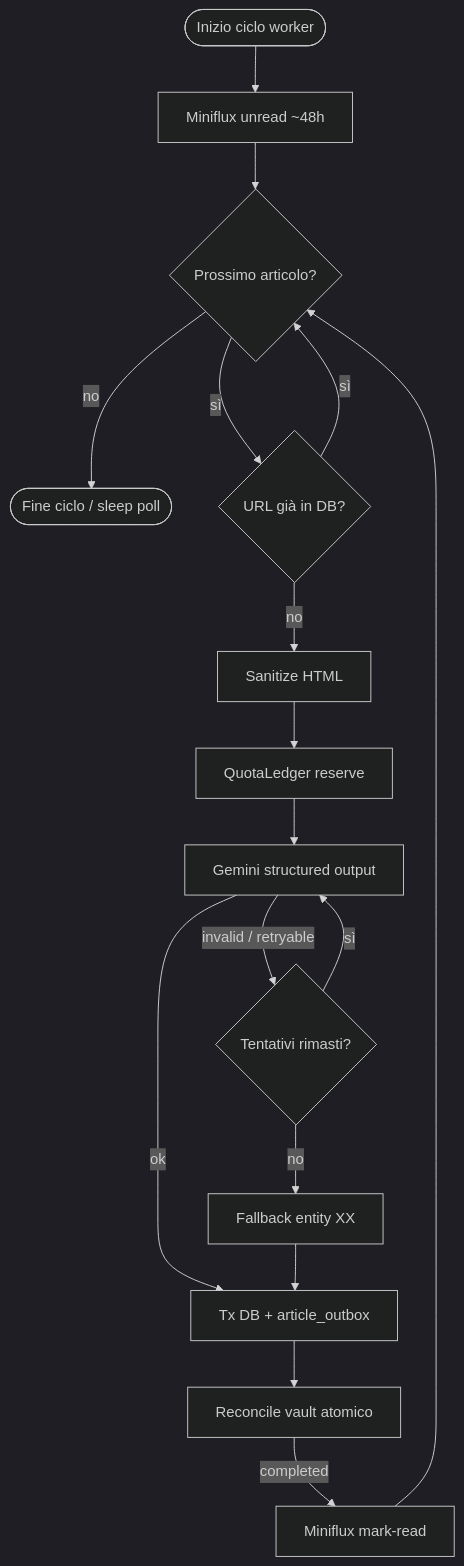
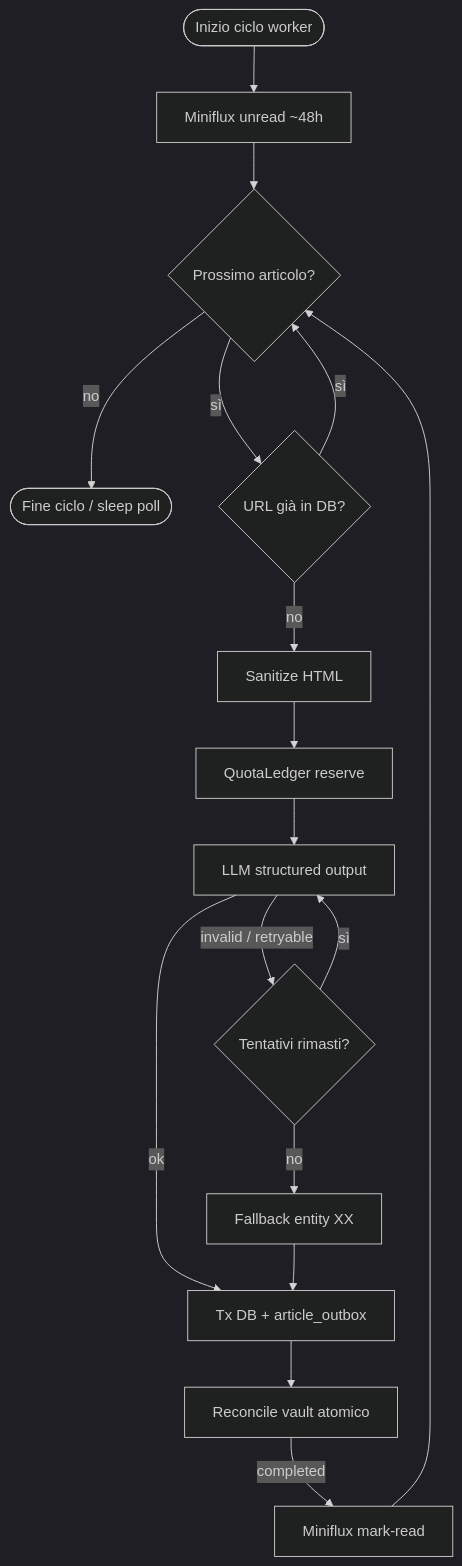
Before and after one commit to JiraaG/Intelligence-Dashboard: the diagram in docs/02_architecture_and_backend.md, drawn with Mermaid (dark theme). The commit also changed other lines of this file and 19 other files, not shown here.

````diff
--- a/docs/02_architecture_and_backend.md
+++ b/docs/02_architecture_and_backend.md
@@ -16,19 +16,19 @@
 ```mermaid
 flowchart TD
   Start([Inizio ciclo worker]) --> Fetch[Miniflux unread ~48h]
   Fetch --> Loop{Prossimo articolo?}
   Loop -->|no| Done([Fine ciclo / sleep poll])
   Loop -->|sì| Dedup{URL già in DB?}
   Dedup -->|sì| Loop
   Dedup -->|no| Parse[Sanitize HTML]
   Parse --> Quota[QuotaLedger reserve]
-  Quota --> LLM[Gemini structured output]
+  Quota --> LLM[LLM structured output]
   LLM -->|invalid / retryable| Retry{Tentativi rimasti?}
   Retry -->|sì| LLM
   Retry -->|no| Fallback[Fallback entity XX]
   LLM -->|ok| Commit[Tx DB + article_outbox]
   Fallback --> Commit
   Commit --> Vault[Reconcile vault atomico]
   Vault -->|completed| Mark[Miniflux mark-read]
   Mark --> Loop
 ```
````
